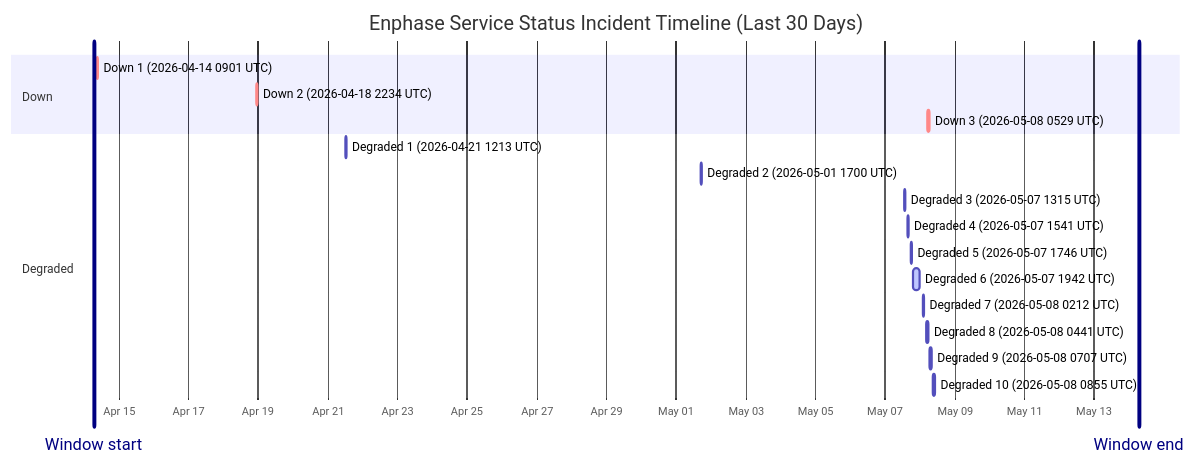
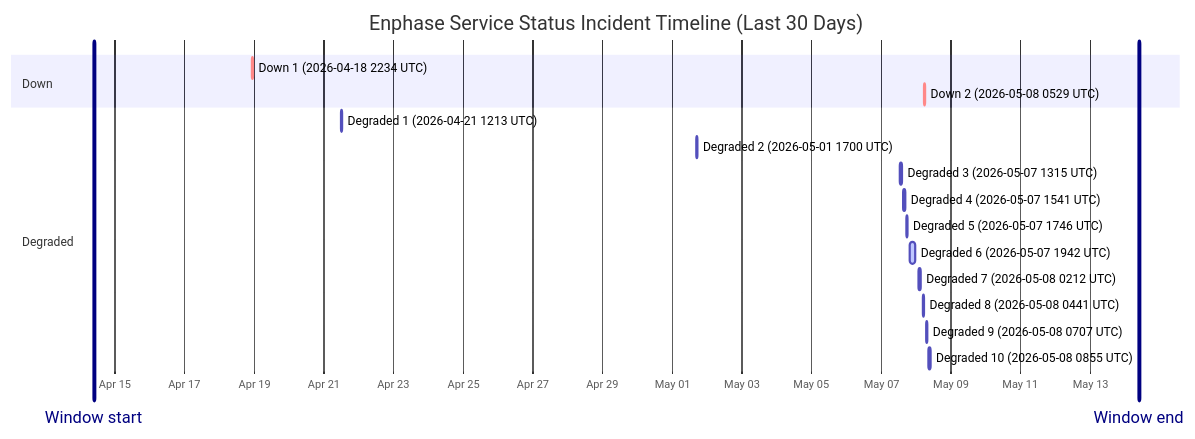
Before and after one commit to barneyonline/ha-enphase-ev-charger: the diagram in wiki/Service-Status-History.md, drawn with Mermaid. The commit also changed other lines of this file and 3 other files, not shown here.

````diff
--- a/wiki/Service-Status-History.md
+++ b/wiki/Service-Status-History.md
@@ -14,23 +14,22 @@
 ```mermaid
 gantt
     title Enphase Service Status Incident Timeline (Last 30 Days)
     dateFormat  YYYY-MM-DDTHH:mm:ss
     axisFormat  %b %d
-    Window start :vert, window-start, 2026-04-14T06:45:25, 0ms
-    Window end :vert, window-end, 2026-05-14T06:45:25, 0ms
+    Window start :vert, window-start, 2026-04-14T09:33:58, 0ms
+    Window end :vert, window-end, 2026-05-14T09:33:58, 0ms
     section Down
-    Down 1 (2026-04-14 0901 UTC) :crit, down-1, 2026-04-14T09:01:13, 60m
-    Down 2 (2026-04-18 2234 UTC) :crit, down-2, 2026-04-18T22:34:13, 60m
-    Down 3 (2026-05-08 0529 UTC) :crit, down-3, 2026-05-08T05:29:47, 60m
+    Down 1 (2026-04-18 2234 UTC) :crit, down-1, 2026-04-18T22:34:13, 60m
+    Down 2 (2026-05-08 0529 UTC) :crit, down-2, 2026-05-08T05:29:47, 60m
     section Degraded
     Degraded 1 (2026-04-21 1213 UTC) :active, degraded-1, 2026-04-21T12:13:11, 60m
     Degraded 2 (2026-05-01 1700 UTC) :active, degraded-2, 2026-05-01T17:00:22, 60m
     Degraded 3 (2026-05-07 1315 UTC) :active, degraded-3, 2026-05-07T13:15:25, 60m
     Degraded 4 (2026-05-07 1541 UTC) :active, degraded-4, 2026-05-07T15:41:58, 60m
     Degraded 5 (2026-05-07 1746 UTC) :active, degraded-5, 2026-05-07T17:46:51, 60m
     Degraded 6 (2026-05-07 1942 UTC) :active, degraded-6, 2026-05-07T19:42:10, 249m
     Degraded 7 (2026-05-08 0212 UTC) :active, degraded-7, 2026-05-08T02:12:39, 60m
     Degraded 8 (2026-05-08 0441 UTC) :active, degraded-8, 2026-05-08T04:41:46, 60m
     Degraded 9 (2026-05-08 0707 UTC) :active, degraded-9, 2026-05-08T07:07:30, 60m
     Degraded 10 (2026-05-08 0855 UTC) :active, degraded-10, 2026-05-08T08:55:20, 88m
 ```
````
